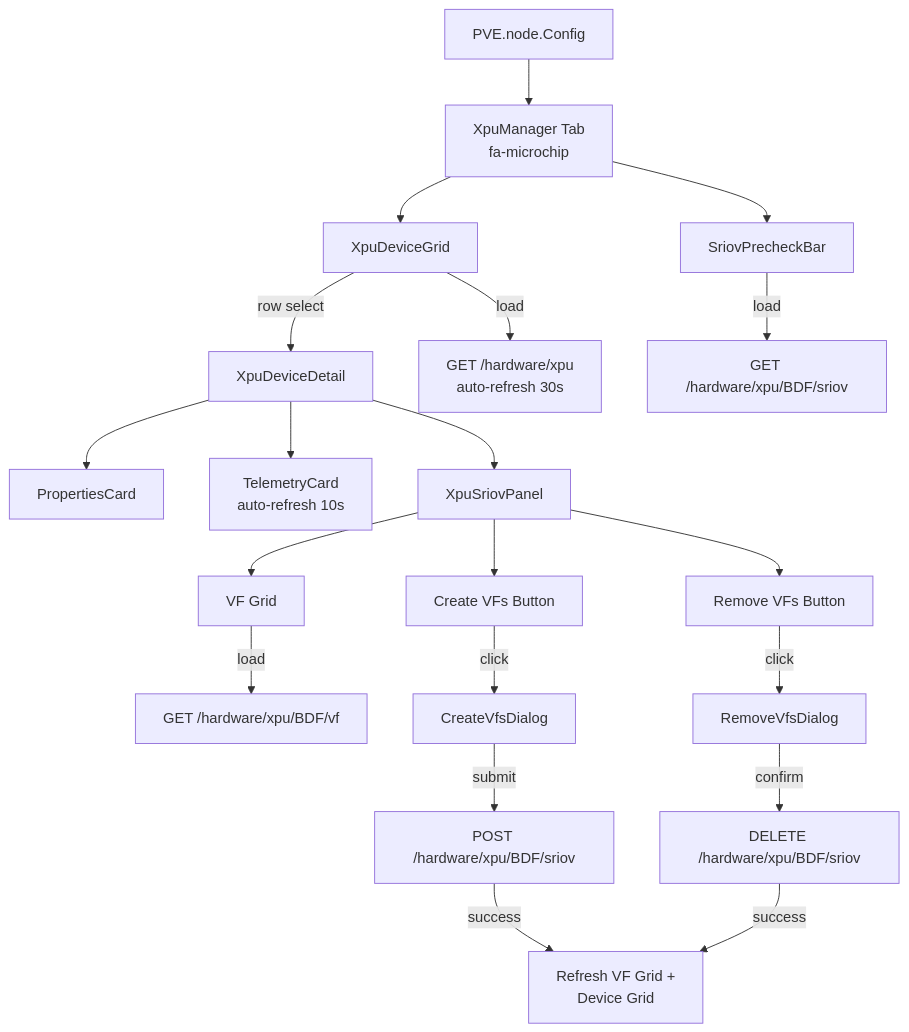
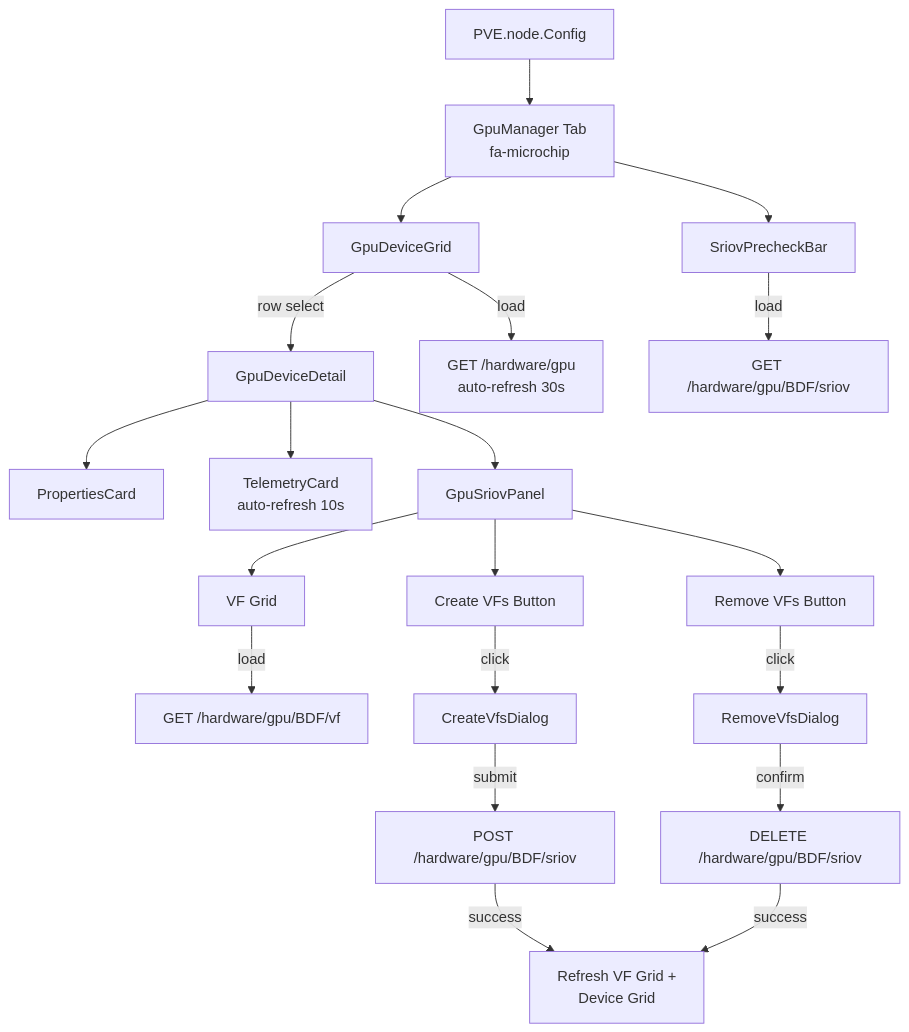
The ninth of 11 diagrams in docs/designs.md (Azerothian/pmx-gpu-manager), drawn with Mermaid before and after one commit. The commit also changed other lines of this file and 17 other files, not shown here.

First line of the commit message:
Rename Perl modules and API routes from XPU to GPU

````diff
--- a/docs/designs.md
+++ b/docs/designs.md
@@ -365,27 +365,27 @@
 ```mermaid
 flowchart TD
-    A[PVE.node.Config] --> B[XpuManager Tab<br/>fa-microchip]
-    B --> C[XpuDeviceGrid]
+    A[PVE.node.Config] --> B[GpuManager Tab<br/>fa-microchip]
+    B --> C[GpuDeviceGrid]
     B --> D[SriovPrecheckBar]
 
-    C -- row select --> E[XpuDeviceDetail]
+    C -- row select --> E[GpuDeviceDetail]
     E --> F[PropertiesCard]
     E --> G[TelemetryCard<br/>auto-refresh 10s]
-    E --> H[XpuSriovPanel]
+    E --> H[GpuSriovPanel]
 
     H --> I[VF Grid]
     H --> J[Create VFs Button]
     H --> K[Remove VFs Button]
 
     J -- click --> L[CreateVfsDialog]
-    L -- submit --> M[POST /hardware/xpu/BDF/sriov]
+    L -- submit --> M[POST /hardware/gpu/BDF/sriov]
     M -- success --> N[Refresh VF Grid +<br/>Device Grid]
 
     K -- click --> O[RemoveVfsDialog]
-    O -- confirm --> P[DELETE /hardware/xpu/BDF/sriov]
+    O -- confirm --> P[DELETE /hardware/gpu/BDF/sriov]
     P -- success --> N
 
-    D -- load --> Q[GET /hardware/xpu/BDF/sriov]
-    C -- load --> R[GET /hardware/xpu<br/>auto-refresh 30s]
-    I -- load --> S[GET /hardware/xpu/BDF/vf]
+    D -- load --> Q[GET /hardware/gpu/BDF/sriov]
+    C -- load --> R[GET /hardware/gpu<br/>auto-refresh 30s]
+    I -- load --> S[GET /hardware/gpu/BDF/vf]
 ```
````
